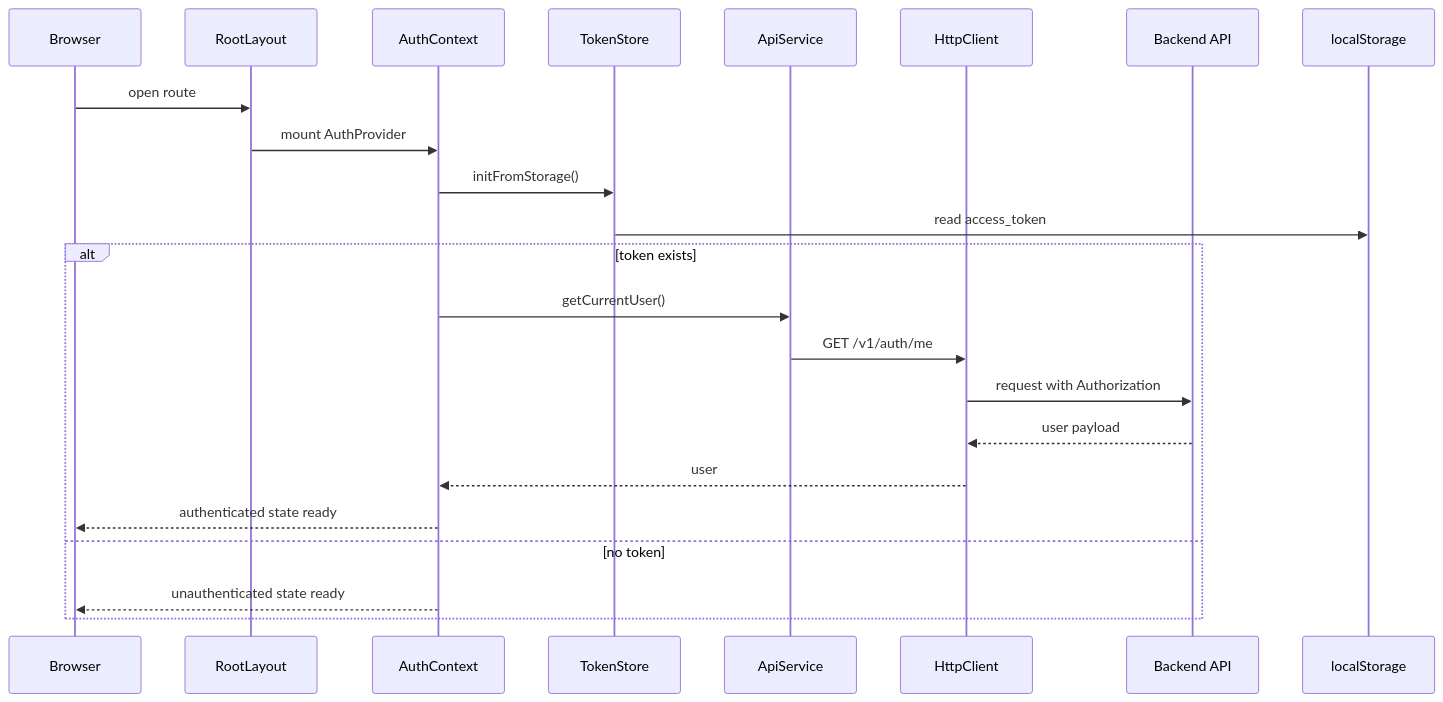
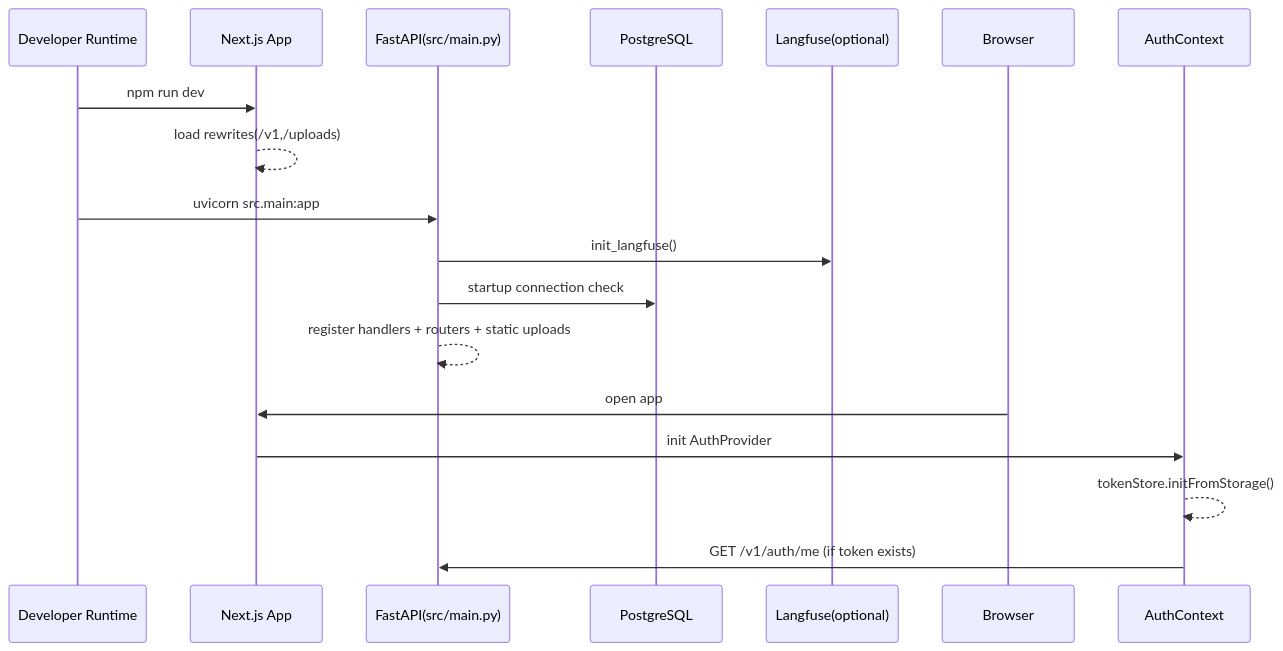
Before and after one commit to ChasePassion/role-playing: the second of 13 diagrams in .agent/project.md, drawn with Mermaid. The commit also changed other lines of this file, not shown here.

````diff
--- a/.agent/project.md
+++ b/.agent/project.md
@@ -149,26 +248,23 @@
 ```mermaid
 sequenceDiagram
-    participant B as Browser
-    participant RL as RootLayout
+    participant DEV as Developer Runtime
+    participant FE as Next.js App
+    participant BE as FastAPI(src/main.py)
+    participant DB as PostgreSQL
+    participant OBS as Langfuse(optional)
+    participant BR as Browser
     participant AC as AuthContext
-    participant TS as TokenStore
-    participant AS as ApiService
-    participant HC as HttpClient
-    participant API as Backend API
-    participant LS as localStorage
 
-    B->>RL: open route
-    RL->>AC: mount AuthProvider
-    AC->>TS: initFromStorage()
-    TS->>LS: read access_token
-    alt token exists
-        AC->>AS: getCurrentUser()
-        AS->>HC: GET /v1/auth/me
-        HC->>API: request with Authorization
-        API-->>HC: user payload
-        HC-->>AC: user
-        AC-->>B: authenticated state ready
-    else no token
-        AC-->>B: unauthenticated state ready
-    end
+    DEV->>FE: npm run dev
+    FE-->>FE: load rewrites(/v1,/uploads)
+
+    DEV->>BE: uvicorn src.main:app
+    BE->>OBS: init_langfuse()
+    BE->>DB: startup connection check
+    BE-->>BE: register handlers + routers + static uploads
+
+    BR->>FE: open app
+    FE->>AC: init AuthProvider
+    AC-->>AC: tokenStore.initFromStorage()
+    AC->>BE: GET /v1/auth/me (if token exists)
 ```
````
